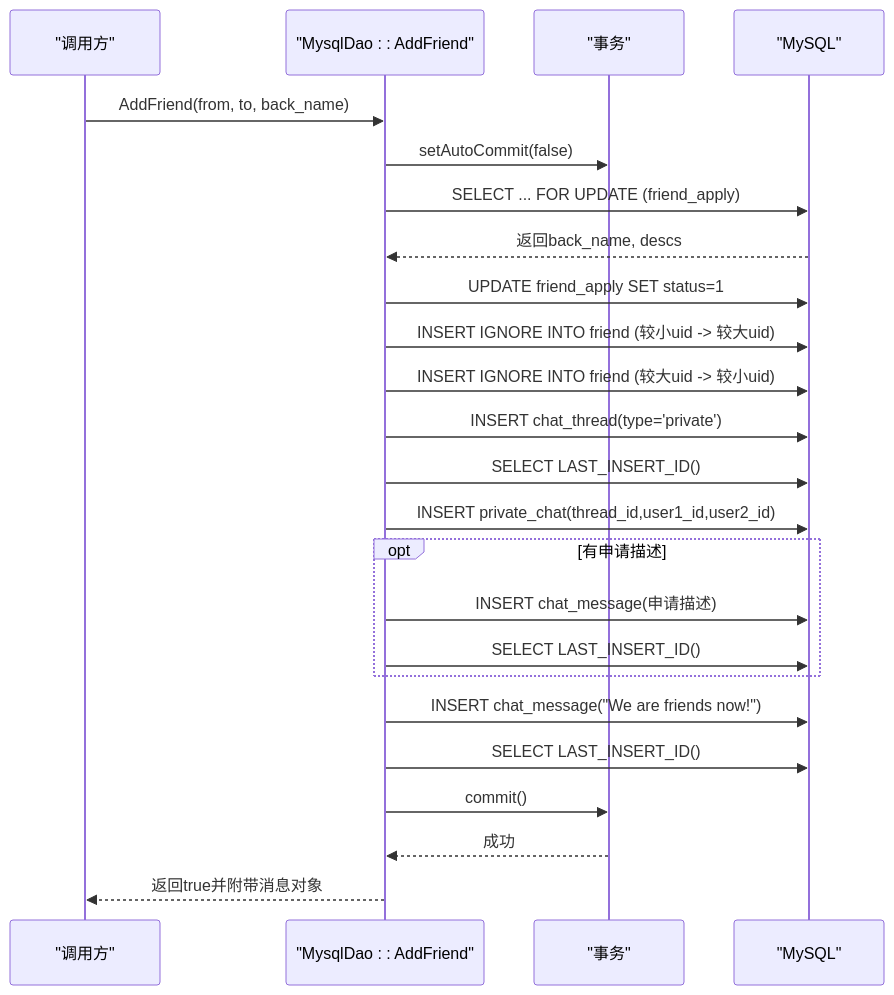
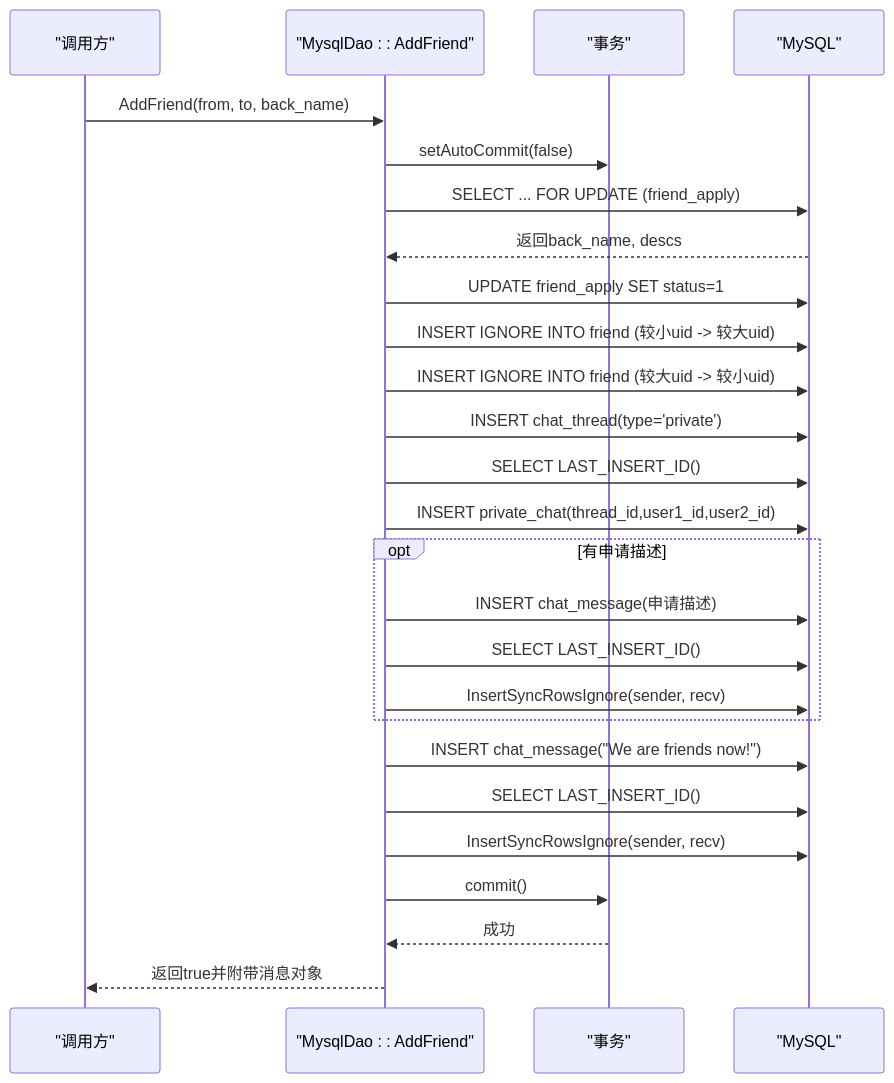
One commit to echo9923/mychatter changed the fourth of 6 diagrams in .qoder/repowiki/zh/content/缓存和存储/MySQL数据存储.md. Above: the diagram before and after it, drawn with Mermaid. The commit also changed other lines of this file and 132 other files, not shown here.

````diff
--- a/.qoder/repowiki/zh/content/缓存和存储/MySQL数据存储.md
+++ b/.qoder/repowiki/zh/content/缓存和存储/MySQL数据存储.md
@@ -194,26 +204,28 @@
 ```mermaid
 sequenceDiagram
 participant Caller as "调用方"
 participant Dao as "MysqlDao : : AddFriend"
 participant Tx as "事务"
 participant DB as "MySQL"
 Caller->>Dao : AddFriend(from, to, back_name)
 Dao->>Tx : setAutoCommit(false)
 Dao->>DB : SELECT ... FOR UPDATE (friend_apply)
 DB-->>Dao : 返回back_name, descs
 Dao->>DB : UPDATE friend_apply SET status=1
 Dao->>DB : INSERT IGNORE INTO friend (较小uid -> 较大uid)
 Dao->>DB : INSERT IGNORE INTO friend (较大uid -> 较小uid)
 Dao->>DB : INSERT chat_thread(type='private')
 Dao->>DB : SELECT LAST_INSERT_ID()
 Dao->>DB : INSERT private_chat(thread_id,user1_id,user2_id)
 opt 有申请描述
 Dao->>DB : INSERT chat_message(申请描述)
 Dao->>DB : SELECT LAST_INSERT_ID()
+Dao->>DB : InsertSyncRowsIgnore(sender, recv)
 end
 Dao->>DB : INSERT chat_message("We are friends now!")
 Dao->>DB : SELECT LAST_INSERT_ID()
+Dao->>DB : InsertSyncRowsIgnore(sender, recv)
 Dao->>Tx : commit()
 Tx-->>Dao : 成功
 Dao-->>Caller : 返回true并附带消息对象
 ```
````
